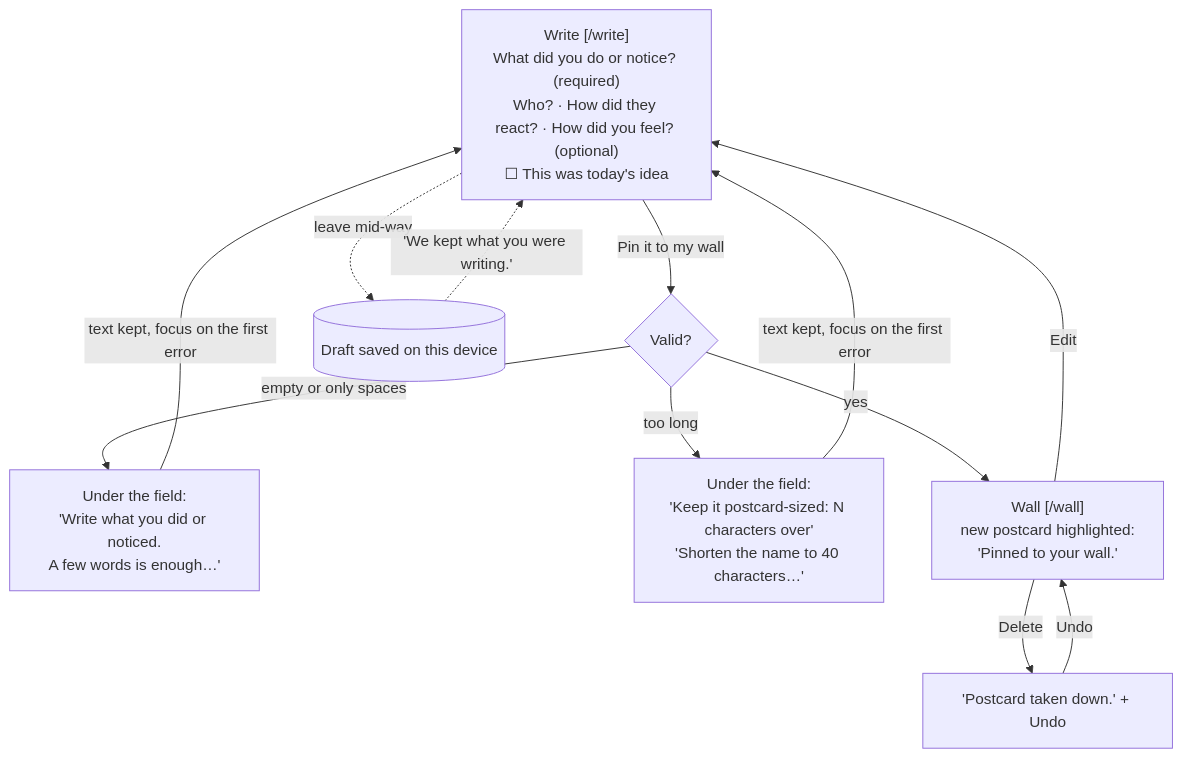
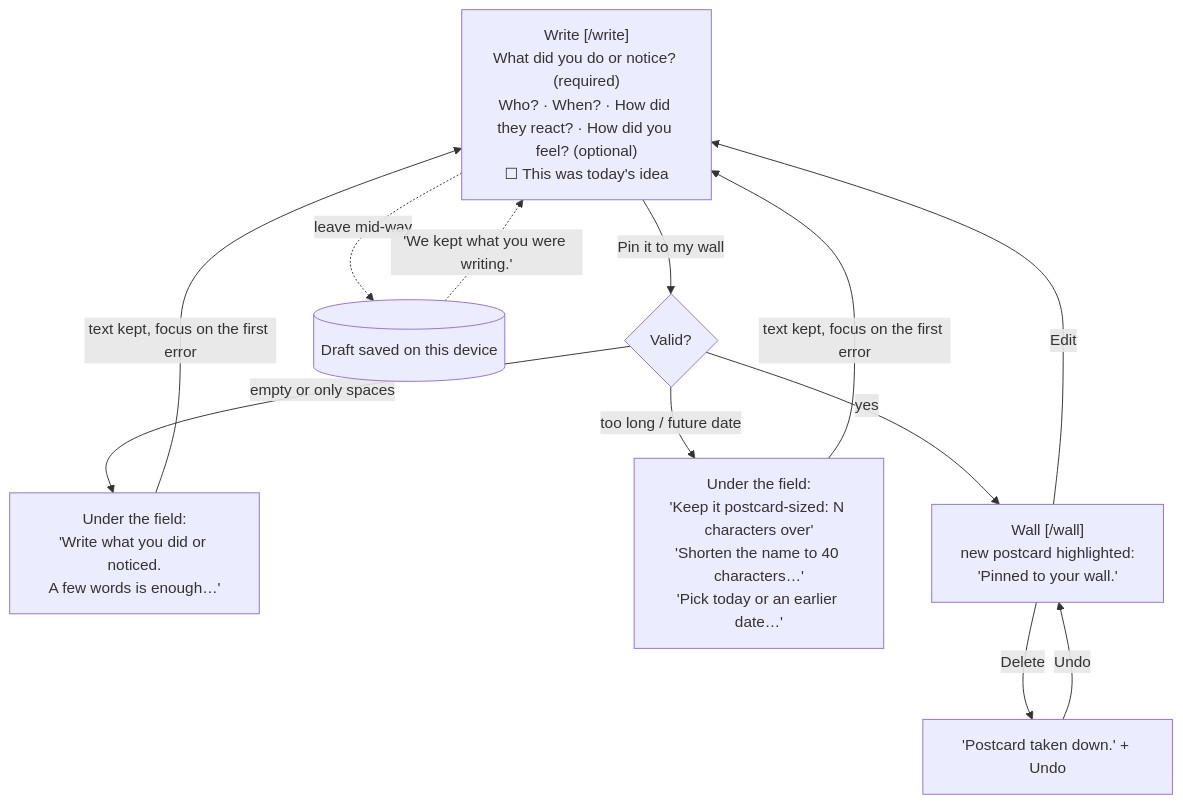
Before and after one commit to carnowell-uchicago/dbs-p3: the second of 3 diagrams in README.md, drawn with Mermaid. The commit also changed other lines of this file and 2 other files, not shown here.

Commit message:
Document the first-run feedback, the fixes chosen, and what changed; update flows

````diff
--- a/README.md
+++ b/README.md
@@ -28,14 +28,14 @@
 ```mermaid
 flowchart TD
-    W["Write [/write]<br/>What did you do or notice? (required)<br/>Who? · How did they react? · How did you feel? (optional)<br/>☐ This was today's idea"]
+    W["Write [/write]<br/>What did you do or notice? (required)<br/>Who? · When? · How did they react? · How did you feel? (optional)<br/>☐ This was today's idea"]
     W -->|"Pin it to my wall"| V{"Valid?"}
     V -->|"empty or only spaces"| E1["Under the field:<br/>'Write what you did or noticed.<br/>A few words is enough…'"]
-    V -->|"too long"| E2["Under the field:<br/>'Keep it postcard-sized: N characters over'<br/>'Shorten the name to 40 characters…'"]
+    V -->|"too long / future date"| E2["Under the field:<br/>'Keep it postcard-sized: N characters over'<br/>'Shorten the name to 40 characters…'<br/>'Pick today or an earlier date…'"]
     E1 & E2 -->|"text kept, focus on the first error"| W
     W -.->|"leave mid-way"| D[("Draft saved on this device")]
     D -.->|"'We kept what you were writing.'"| W
     V -->|"yes"| P["Wall [/wall]<br/>new postcard highlighted:<br/>'Pinned to your wall.'"]
     P -->|"Edit"| W
     P -->|"Delete"| U["'Postcard taken down.' + Undo"]
     U -->|"Undo"| P
 ```
````
